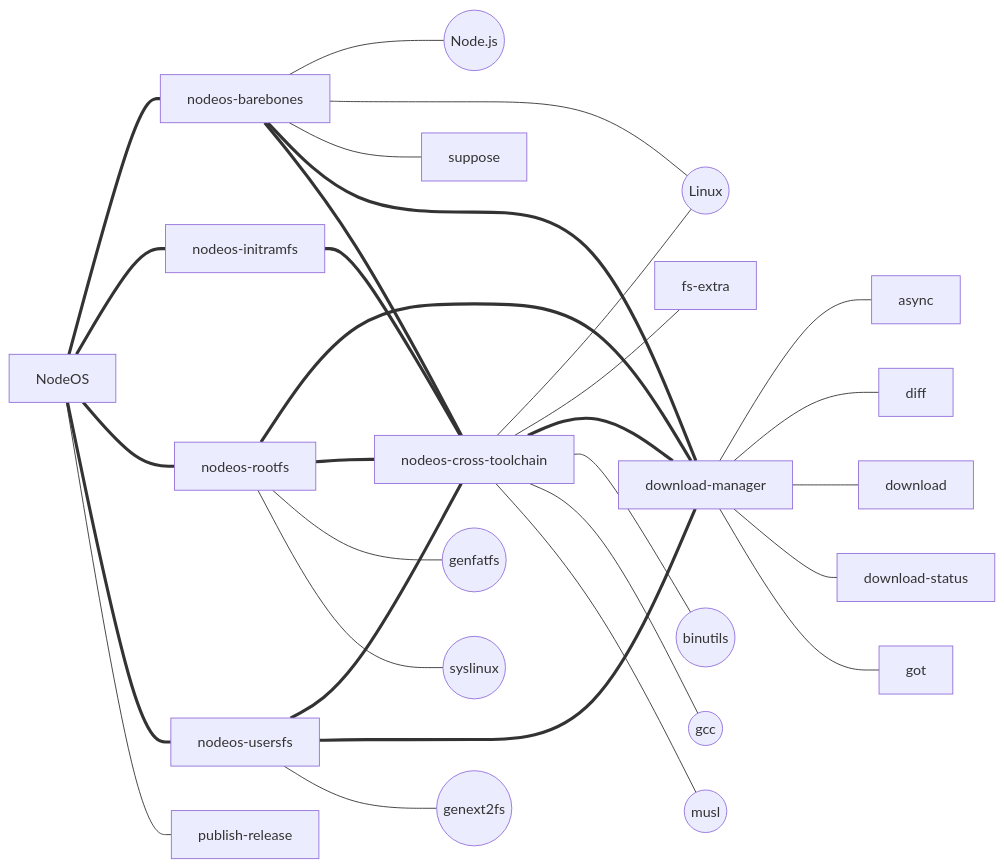
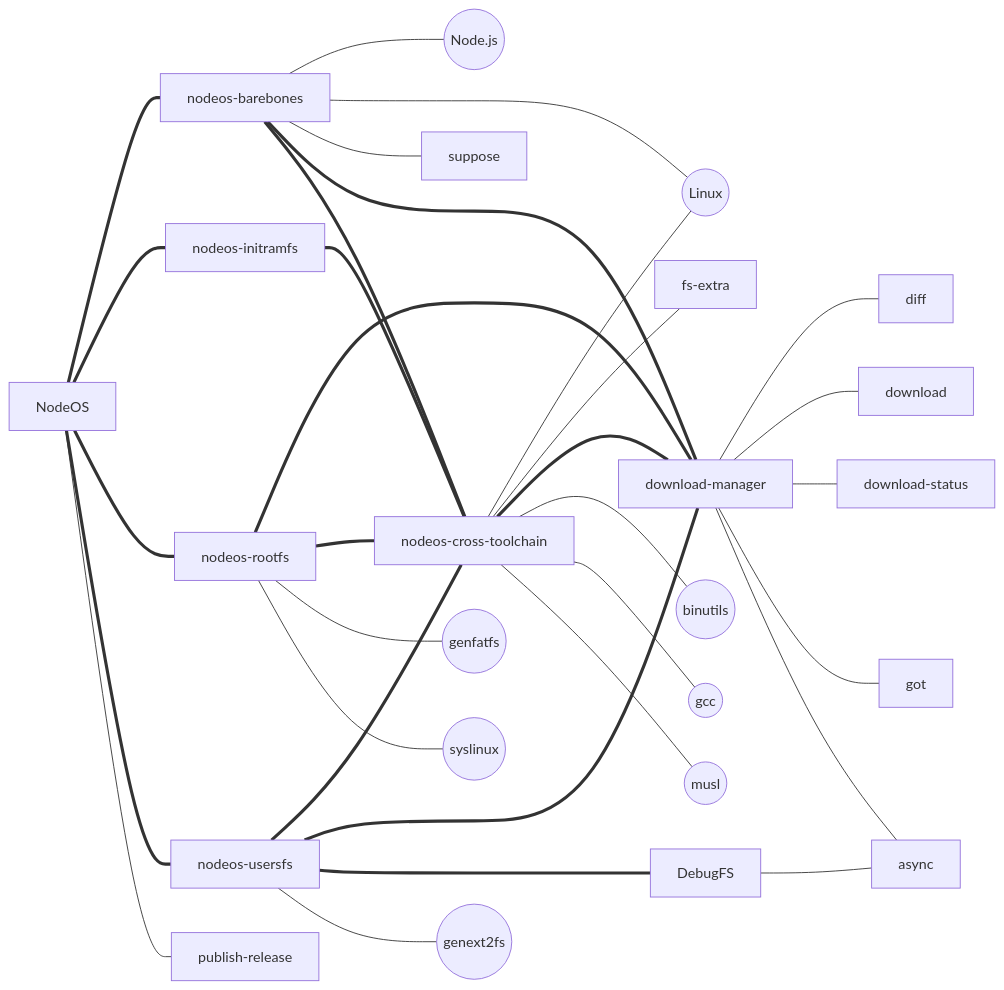
The diagram in 8. apéndices/módulos/dependencies_build.mmd (piranna/pfc), drawn with Mermaid before and after one commit. The commit also changed 1 other file, not shown here.

Commit message:
DebugFS y logon->kexec en arboles de dependencias

```diff
--- a/8. apéndices/módulos/dependencies_build.mmd
+++ b/8. apéndices/módulos/dependencies_build.mmd
@@ -1,38 +1,41 @@
 graph LR
   NodeOS === nodeos-barebones
   NodeOS === nodeos-initramfs
   NodeOS === nodeos-rootfs
   NodeOS === nodeos-usersfs
   NodeOS --- publish-release
 
   nodeos-barebones --- Node.js((Node.js))
   nodeos-barebones --- Linux
   nodeos-barebones --- suppose
   nodeos-barebones === download-manager
   nodeos-barebones === nodeos-cross-toolchain
 
   nodeos-initramfs === nodeos-cross-toolchain
 
   nodeos-rootfs === download-manager
   nodeos-rootfs === nodeos-cross-toolchain
   nodeos-rootfs --- genfatfs((genfatfs))
   nodeos-rootfs --- syslinux((syslinux))
 
   nodeos-usersfs === nodeos-cross-toolchain
   nodeos-usersfs === download-manager
+  nodeos-usersfs === DebugFS
   nodeos-usersfs --- genext2fs((genext2fs))
 
   nodeos-cross-toolchain --- Linux
   nodeos-cross-toolchain --- fs-extra
   nodeos-cross-toolchain === download-manager
   nodeos-cross-toolchain --- binutils((binutils))
   nodeos-cross-toolchain --- gcc((gcc))
   nodeos-cross-toolchain --- musl((musl))
 
-  download-manager --- async
+  DebugFS --- async
+
   download-manager --- diff
   download-manager --- download
   download-manager --- download-status
   download-manager --- got
+  download-manager --- async
 
   Linux((Linux))
```
